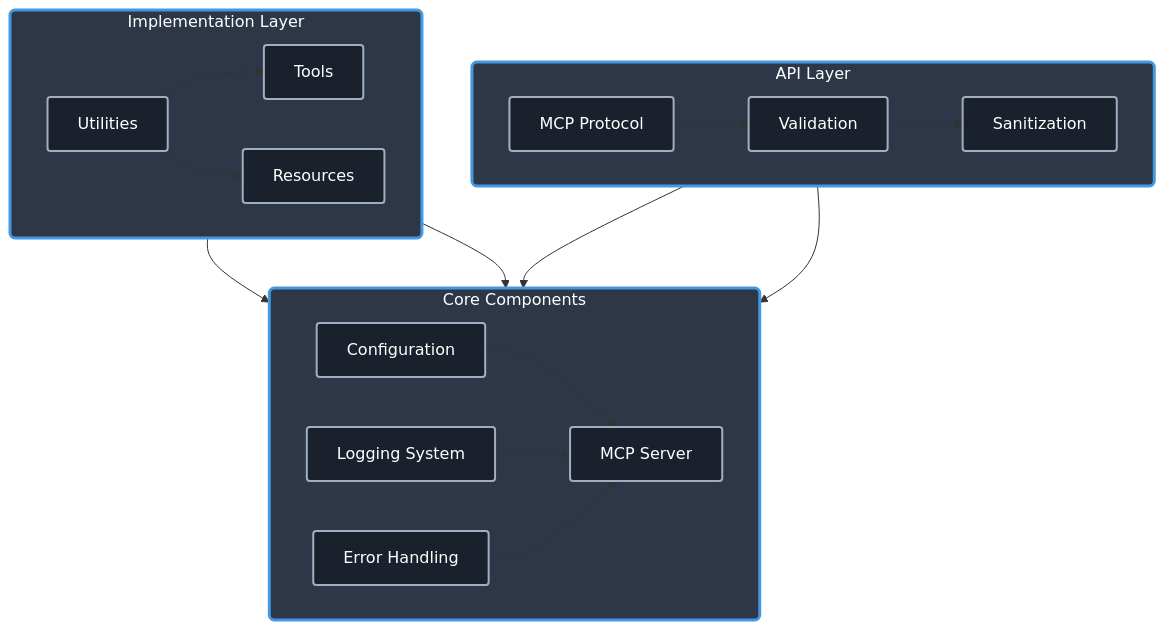
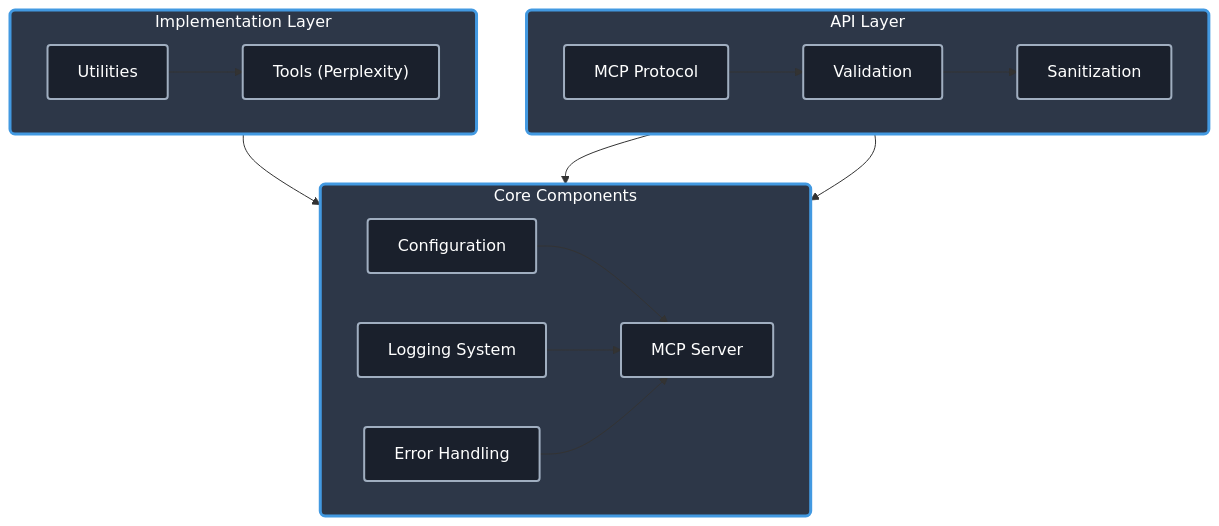
One commit to reggienitro/perplexity-mcp-server changed the diagram in README.md. Above: the diagram before and after it, drawn with Mermaid. The commit also changed other lines of this file and 23 other files, not shown here.

Commit message:
feat: Add perplexity_search tool with showThinking parameter

````diff
--- a/README.md
+++ b/README.md
@@ -67,43 +62,40 @@
 ```mermaid
 flowchart TB
     subgraph API["API Layer"]
         direction LR
         MCP["MCP Protocol"]
         Val["Validation"]
         San["Sanitization"]
 
         MCP --> Val --> San
     end
 
     subgraph Core["Core Components"]
         direction LR
         Config["Configuration"]
         Logger["Logging System"]
         Error["Error Handling"]
         Server["MCP Server"]
 
         Config --> Server
         Logger --> Server
         Error --> Server
     end
 
     subgraph Implementation["Implementation Layer"]
         direction LR
-        Tool["Tools"]
-        Resource["Resources"]
+        Tool["Tools (Perplexity)"]
         Util["Utilities"]
 
         Tool --> Server
-        Resource --> Server
         Util --> Tool
-        Util --> Resource
     end
 
     San --> Config
     San --> Server
 
     classDef layer fill:#2d3748,stroke:#4299e1,stroke-width:3px,rx:5,color:#fff
     classDef component fill:#1a202c,stroke:#a0aec0,stroke-width:2px,rx:3,color:#fff
     class API,Core,Implementation layer
-    class MCP,Val,San,Config,Logger,Error,Server,Tool,Resource,Util component
+    class MCP,Val,San,Config,Logger,Error,Server,Tool,Util component
 ```
````
